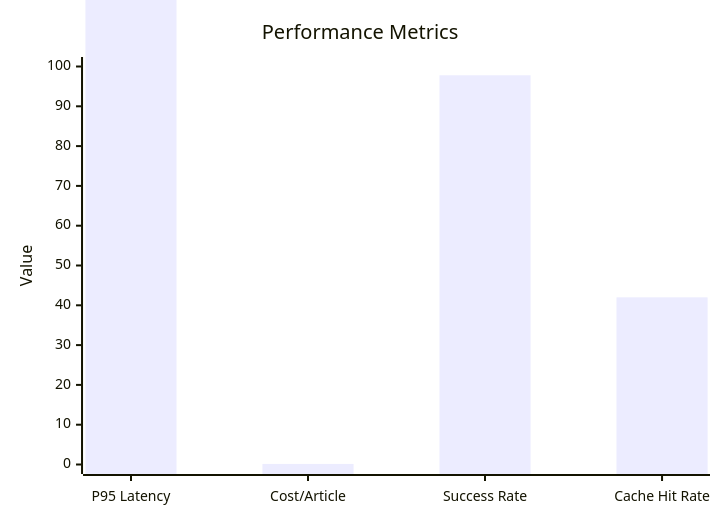
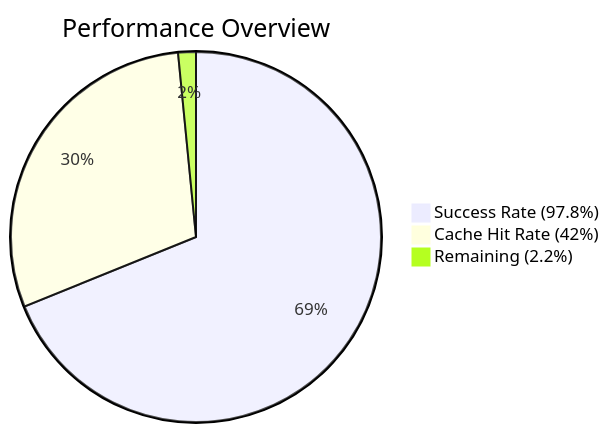
Before and after one commit to TensorScholar/content-automation-pipeline: the third of 3 diagrams in README.md, drawn with Mermaid. The commit also changed other lines of this file, not shown here.

````diff
--- a/README.md
+++ b/README.md
@@ -192,7 +210,6 @@
 ```mermaid
-xychart-beta
-    title "Performance Metrics"
-    x-axis ["P95 Latency", "Cost/Article", "Success Rate", "Cache Hit Rate"]
-    y-axis "Value" 0 --> 100
-    bar [178, 0.14, 97.8, 42]
+pie title Performance Overview
+    "Success Rate (97.8%)" : 97.8
+    "Cache Hit Rate (42%)" : 42
+    "Remaining (2.2%)" : 2.2
 ```
````
